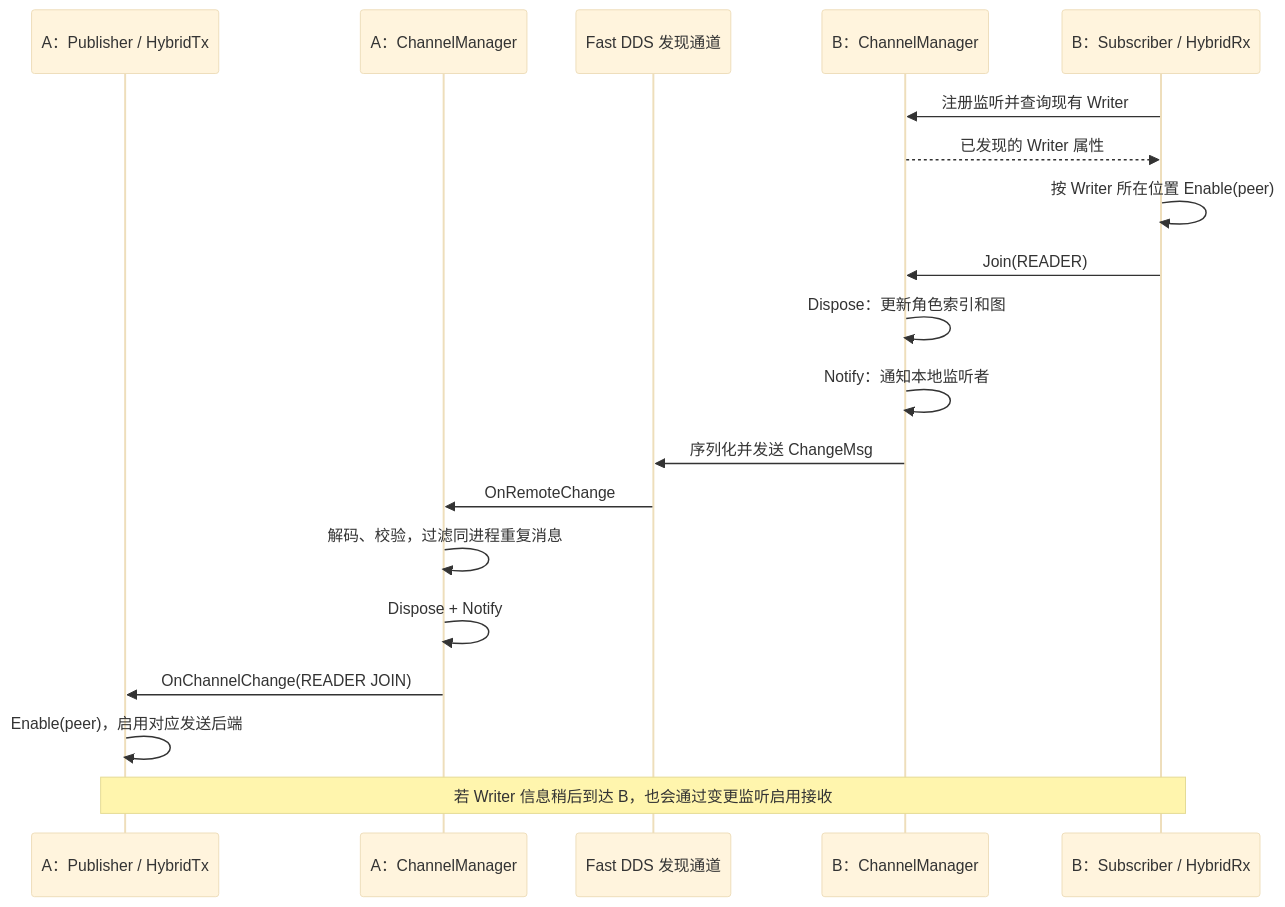
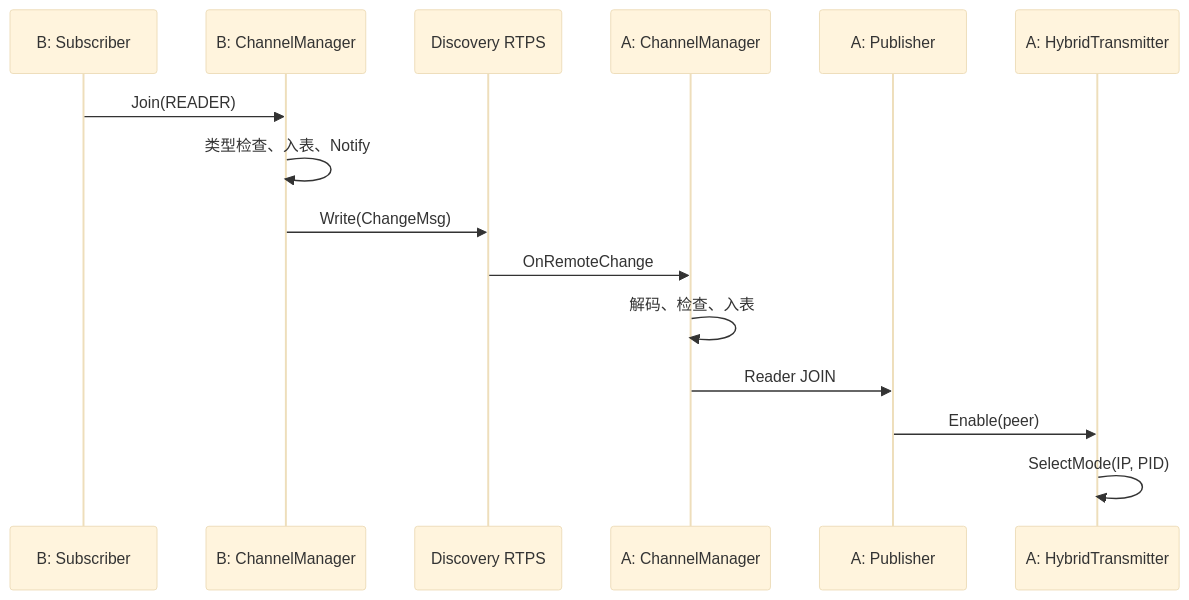
The third of 13 diagrams in doc/architecture.md (jzh03/cpp_MINI-CyberRT), drawn with Mermaid (base theme) before and after one commit. The commit also changed other lines of this file and 13 other files, not shown here.

````diff
--- a/doc/architecture.md
+++ b/doc/architecture.md
@@ -147,21 +114,17 @@
 ```mermaid
 sequenceDiagram
-    participant P as A：Publisher / HybridTx
-    participant DA as A：ChannelManager
-    participant DDS as Fast DDS 发现通道
-    participant DB as B：ChannelManager
-    participant S as B：Subscriber / HybridRx
-    S->>DB: 注册监听并查询现有 Writer
-    DB-->>S: 已发现的 Writer 属性
-    S->>S: 按 Writer 所在位置 Enable(peer)
+    participant S as B: Subscriber
+    participant DB as B: ChannelManager
+    participant DDS as Discovery RTPS
+    participant DA as A: ChannelManager
+    participant P as A: Publisher
+    participant H as A: HybridTransmitter
     S->>DB: Join(READER)
-    DB->>DB: Dispose：更新角色索引和图
-    DB->>DB: Notify：通知本地监听者
-    DB->>DDS: 序列化并发送 ChangeMsg
+    DB->>DB: 类型检查、入表、Notify
+    DB->>DDS: Write(ChangeMsg)
     DDS->>DA: OnRemoteChange
-    DA->>DA: 解码、校验，过滤同进程重复消息
-    DA->>DA: Dispose + Notify
-    DA->>P: OnChannelChange(READER JOIN)
-    P->>P: Enable(peer)，启用对应发送后端
-    Note over P,S: 若 Writer 信息稍后到达 B，也会通过变更监听启用接收
+    DA->>DA: 解码、检查、入表
+    DA->>P: Reader JOIN
+    P->>H: Enable(peer)
+    H->>H: SelectMode(IP, PID)
 ```
````
